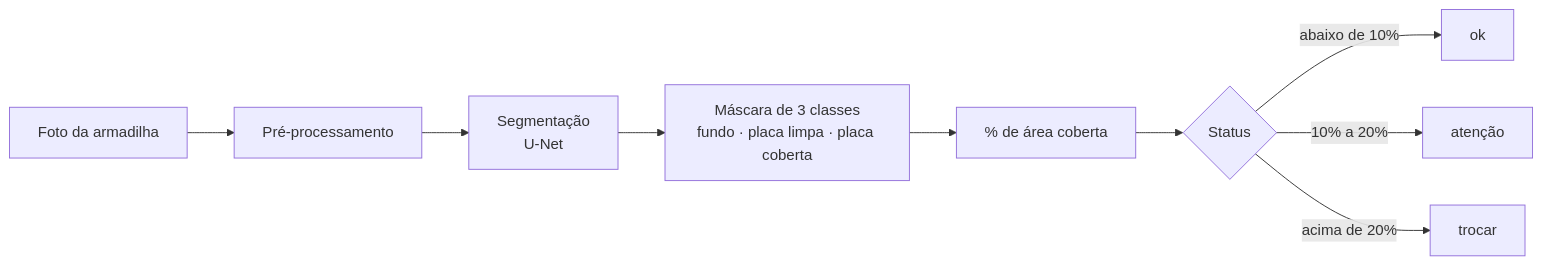
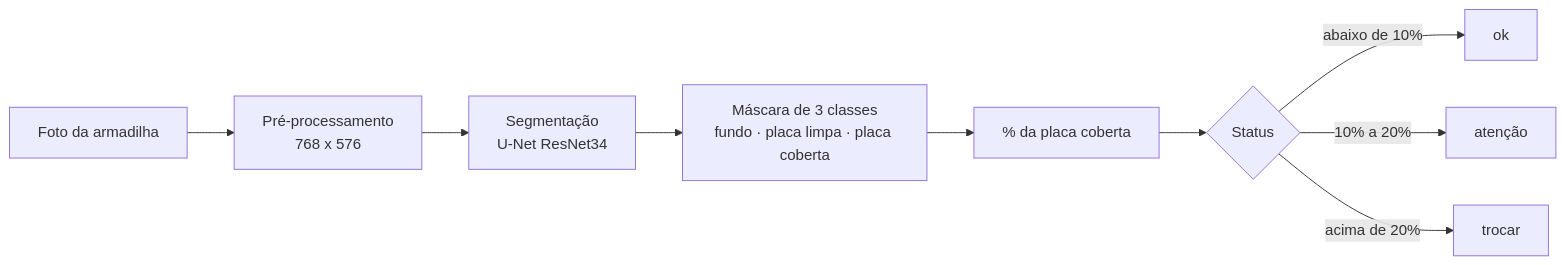
The first of 2 diagrams in README.md (plfrancisco/trapsight-pi3), drawn with Mermaid before and after one commit. The commit also changed other lines of this file and 1 other file, not shown here.

````diff
--- a/README.md
+++ b/README.md
@@ -22,11 +49,11 @@
 ```mermaid
 flowchart LR
-    A[Foto da armadilha] --> B[Pré-processamento]
-    B --> C[Segmentação<br/>U-Net]
+    A[Foto da armadilha] --> B[Pré-processamento<br/>768 x 576]
+    B --> C[Segmentação<br/>U-Net ResNet34]
     C --> D[Máscara de 3 classes<br/>fundo · placa limpa · placa coberta]
-    D --> E[% de área coberta]
+    D --> E[% da placa coberta]
     E --> F{Status}
     F -->|abaixo de 10%| G[ok]
     F -->|10% a 20%| H[atenção]
     F -->|acima de 20%| I[trocar]
 ```
````
